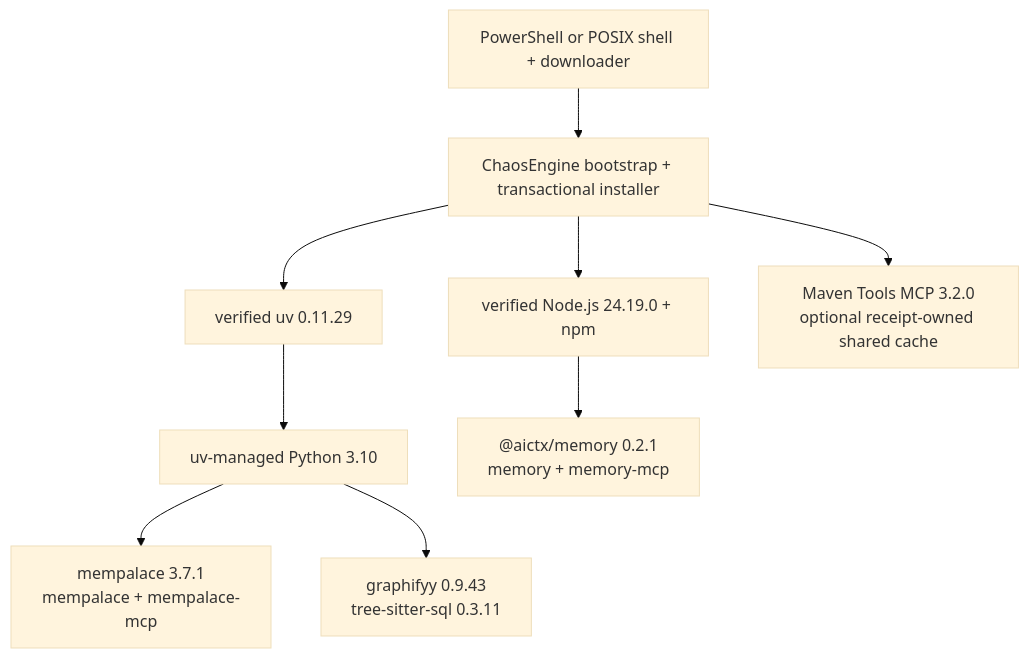
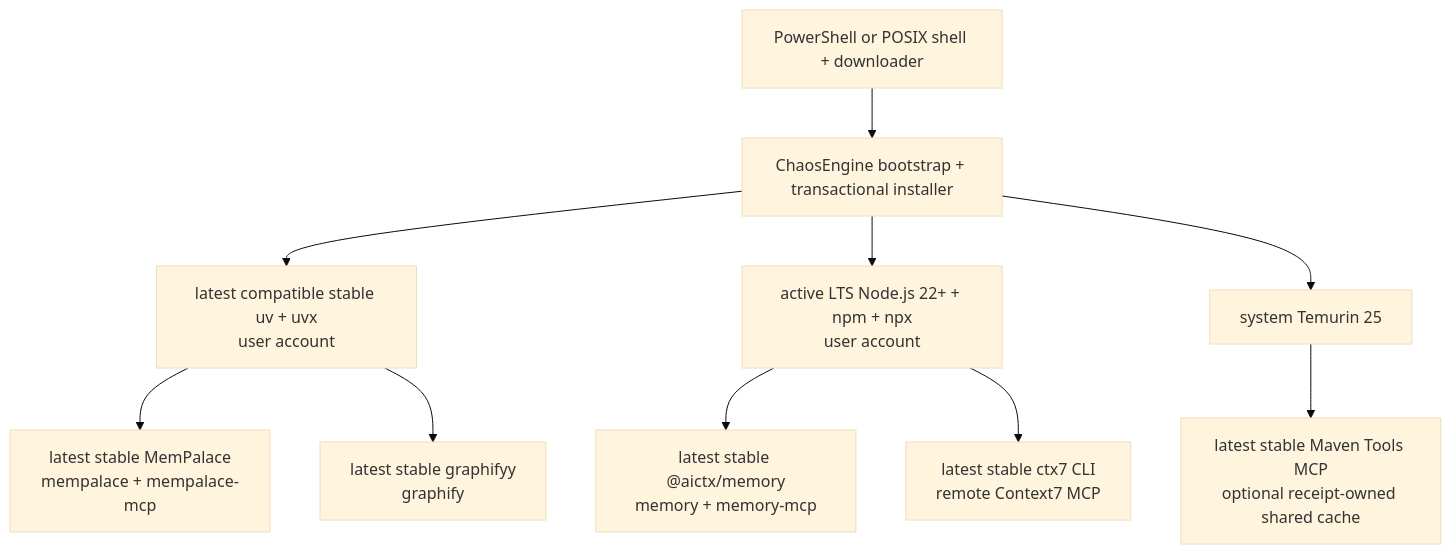
One commit to ShaftHQ/SHAFT_ENGINE changed the second of 13 diagrams in chaos-engine/README.md. Above: the diagram before and after it, drawn with Mermaid (base theme). The commit also changed other lines of this file and 9 other files, not shown here.

Commit message:
feat(agent): adopt latest stable account tooling

````diff
--- a/chaos-engine/README.md
+++ b/chaos-engine/README.md
@@ -203,13 +203,14 @@
 ```mermaid
 flowchart TD
     accTitle: Runtime dependency graph
-    accDescr: Platform prerequisites feed the transactional installer and its pinned project-local runtime tools.
+    accDescr: Platform prerequisites feed user-account tools selected from official stable channels.
     Shell["PowerShell or POSIX shell + downloader"] --> Installer["ChaosEngine bootstrap + transactional installer"]
-    Installer --> UV["verified uv 0.11.29"]
-    UV --> ManagedPython["uv-managed Python 3.10"]
-    ManagedPython --> MP["mempalace 3.7.1<br/>mempalace + mempalace-mcp"]
-    ManagedPython --> GF["graphifyy 0.9.43<br/>tree-sitter-sql 0.3.11"]
-    Installer --> Node["verified Node.js 24.19.0 + npm"]
-    Node --> MEM["@aictx/memory 0.2.1<br/>memory + memory-mcp"]
-    Installer --> Maven["Maven Tools MCP 3.2.0<br/>optional receipt-owned shared cache"]
+    Installer --> UV["latest compatible stable uv + uvx<br/>user account"]
+    UV --> MP["latest stable MemPalace<br/>mempalace + mempalace-mcp"]
+    UV --> GF["latest stable graphifyy<br/>graphify"]
+    Installer --> Node["active LTS Node.js 22+ + npm + npx<br/>user account"]
+    Node --> MEM["latest stable @aictx/memory<br/>memory + memory-mcp"]
+    Node --> C7["latest stable ctx7 CLI<br/>remote Context7 MCP"]
+    Installer --> Java["system Temurin 25"]
+    Java --> Maven["latest stable Maven Tools MCP<br/>optional receipt-owned shared cache"]
 ```
````
